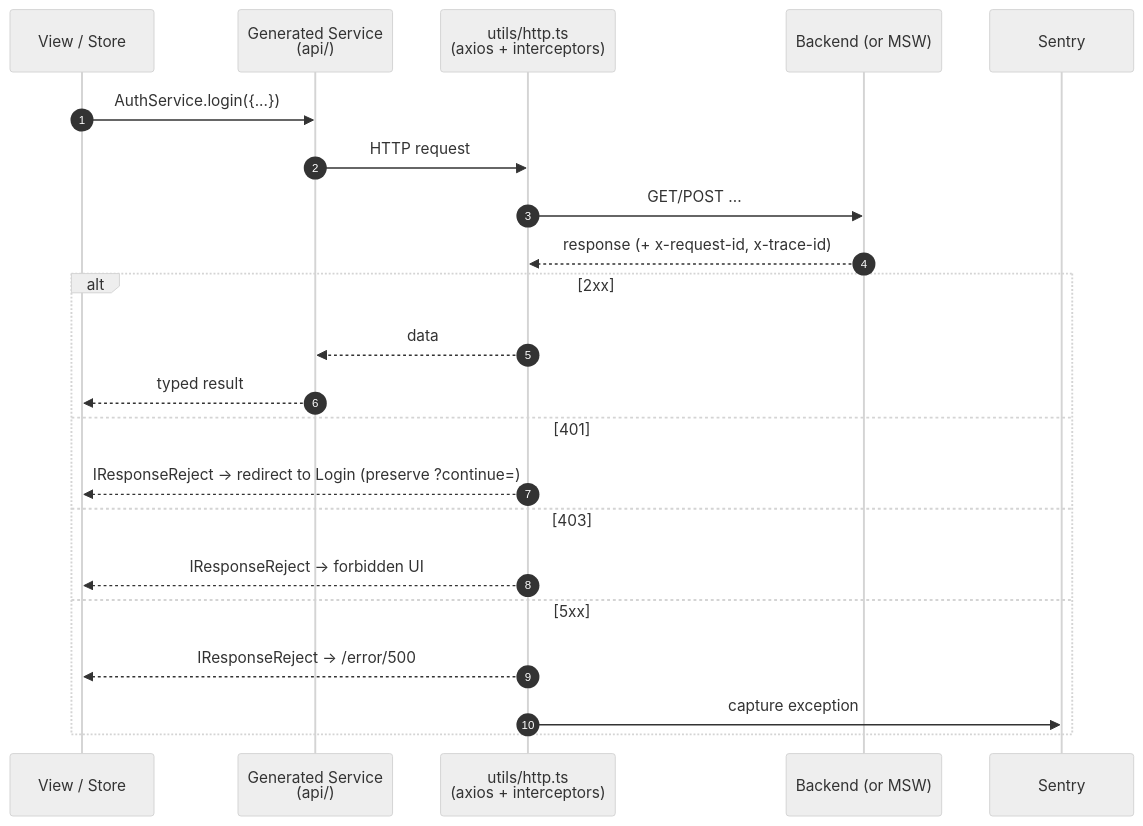
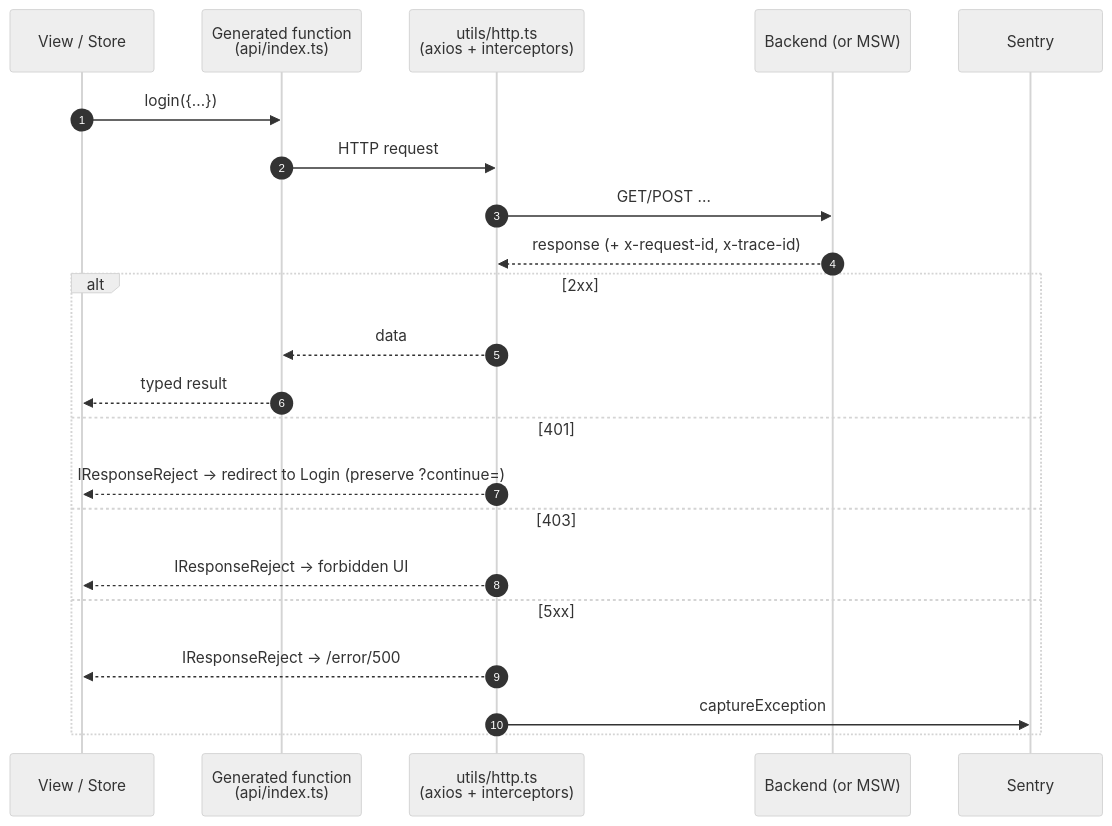
Before and after one commit to Guebbit/boilerplate-vue-frontend: the fourth of 6 diagrams in README.md, drawn with Mermaid (neutral theme). The commit also changed other lines of this file and 178 other files, not shown here.

````diff
--- a/README.md
+++ b/README.md
@@ -327,23 +374,23 @@
 ```mermaid
 sequenceDiagram
     autonumber
     participant V as View / Store
-    participant S as Generated Service<br/>(api/)
+    participant S as Generated function<br/>(api/index.ts)
     participant H as utils/http.ts<br/>(axios + interceptors)
     participant B as Backend (or MSW)
-    V->>S: AuthService.login({...})
+    V->>S: login({...})
     S->>H: HTTP request
     H->>B: GET/POST ...
     B-->>H: response (+ x-request-id, x-trace-id)
     alt 2xx
         H-->>S: data
         S-->>V: typed result
     else 401
         H-->>V: IResponseReject → redirect to Login (preserve ?continue=)
     else 403
         H-->>V: IResponseReject → forbidden UI
     else 5xx
         H-->>V: IResponseReject → /error/500
-        H->>Sentry: capture exception
+        H->>Sentry: captureException
     end
 ```
````
